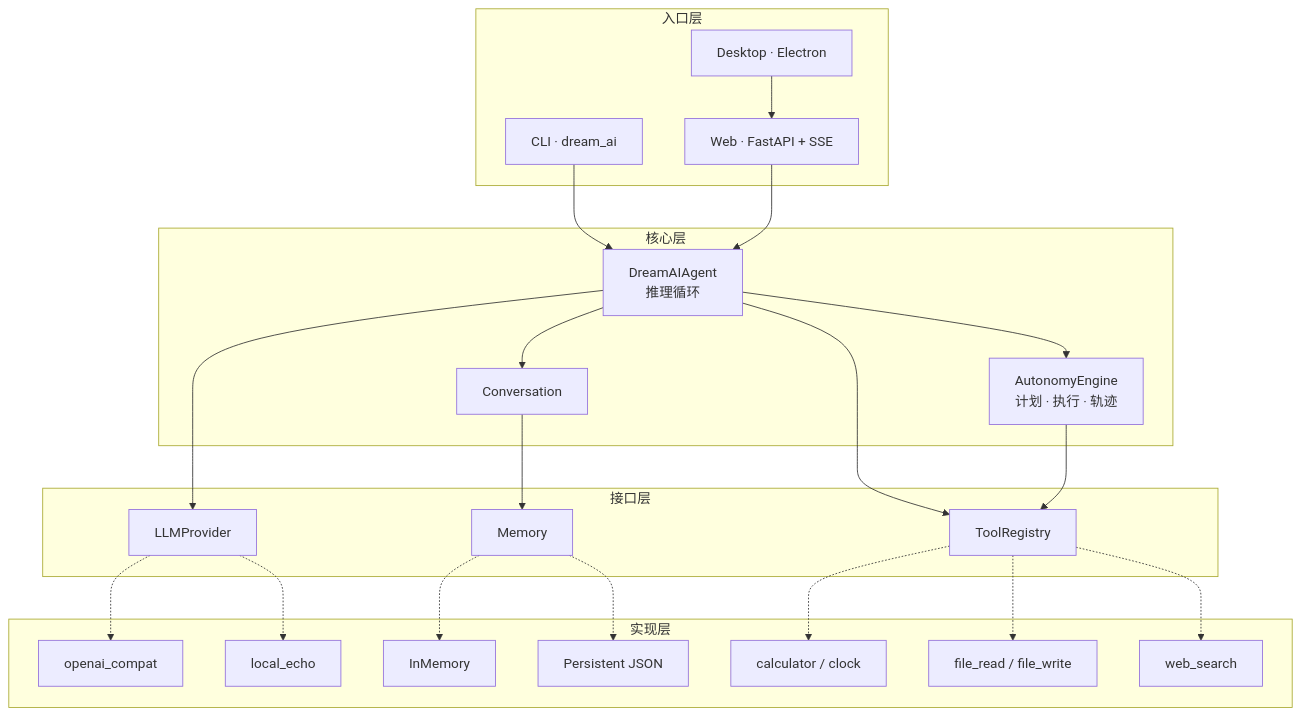
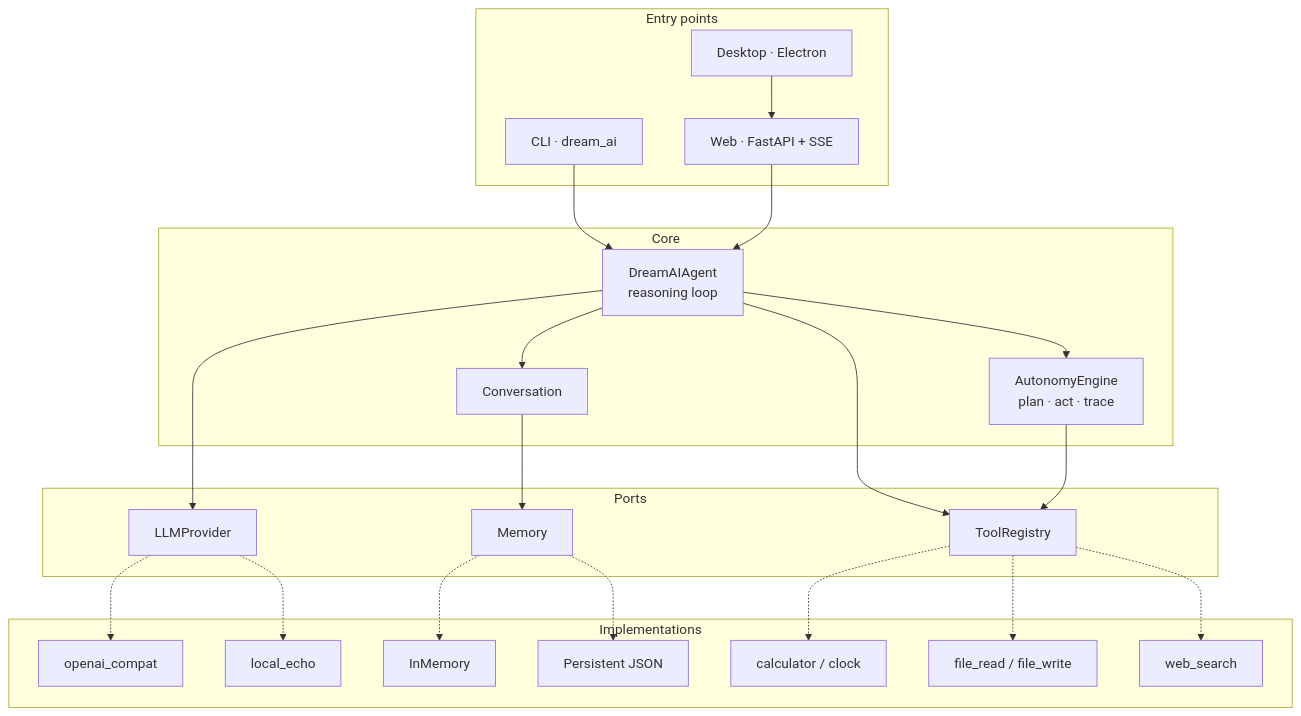
Before and after one commit to Li-Guijiang/DreamAI: the diagram in README.md, drawn with Mermaid. The commit also changed other lines of this file and 4 other files, not shown here.

````diff
--- a/README.md
+++ b/README.md
@@ -101,47 +99,47 @@
 ```mermaid
 flowchart TB
-    subgraph entry["入口层"]
+    subgraph entry["Entry points"]
         CLI["CLI · dream_ai"]
         WEB["Web · FastAPI + SSE"]
         DESK["Desktop · Electron"]
     end
 
-    subgraph core["核心层"]
-        AGENT["DreamAIAgent<br/>推理循环"]
+    subgraph core["Core"]
+        AGENT["DreamAIAgent<br/>reasoning loop"]
         CONV["Conversation"]
-        AUTO["AutonomyEngine<br/>计划 · 执行 · 轨迹"]
+        AUTO["AutonomyEngine<br/>plan · act · trace"]
     end
 
-    subgraph ports["接口层"]
+    subgraph ports["Ports"]
         PROV["LLMProvider"]
         MEM["Memory"]
         TOOL["ToolRegistry"]
     end
 
-    subgraph impl["实现层"]
+    subgraph impl["Implementations"]
         P1["openai_compat"]
         P2["local_echo"]
         M1["InMemory"]
         M2["Persistent JSON"]
         T1["calculator / clock"]
         T2["file_read / file_write"]
         T3["web_search"]
     end
 
     CLI --> AGENT
     WEB --> AGENT
     DESK --> WEB
     AGENT --> CONV
     AGENT --> AUTO
     AGENT --> PROV
     CONV --> MEM
     AGENT --> TOOL
     AUTO --> TOOL
     PROV -.-> P1
     PROV -.-> P2
     MEM -.-> M1
     MEM -.-> M2
     TOOL -.-> T1
     TOOL -.-> T2
     TOOL -.-> T3
 ```
````
